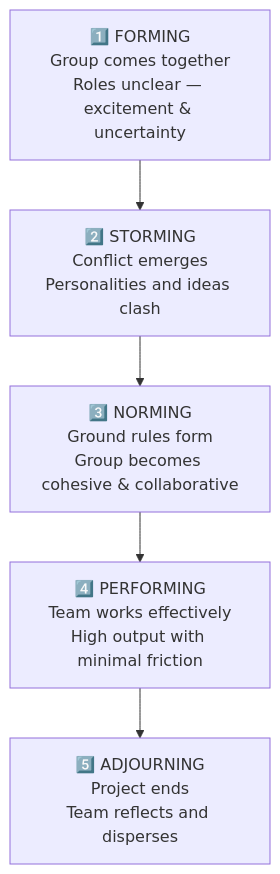
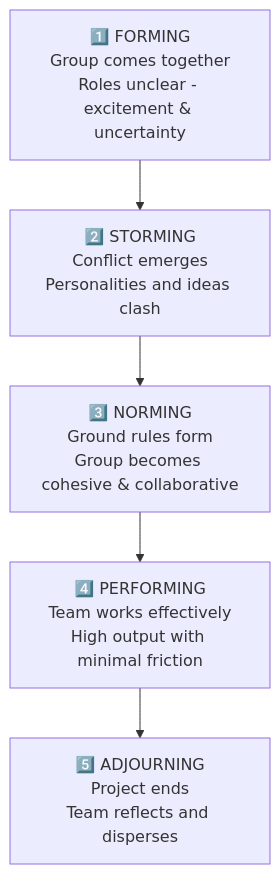
Diagram 17 of 18 in rahul_portfolio_content.md (rahulkavishka/assessment-portfolio), drawn with Mermaid before and after one commit. The commit also changed other lines of this file and 16 other files, not shown here.

````diff
--- a/rahul_portfolio_content.md
+++ b/rahul_portfolio_content.md
@@ -1060,8 +1060,8 @@
 ```mermaid
 flowchart TD
-    A[1️⃣ FORMING\nGroup comes together\nRoles unclear — excitement & uncertainty] --> B
+    A[1️⃣ FORMING\nGroup comes together\nRoles unclear - excitement & uncertainty] --> B
     B[2️⃣ STORMING\nConflict emerges\nPersonalities and ideas clash] --> C
     C[3️⃣ NORMING\nGround rules form\nGroup becomes cohesive & collaborative] --> D
     D[4️⃣ PERFORMING\nTeam works effectively\nHigh output with minimal friction] --> E
     E[5️⃣ ADJOURNING\nProject ends\nTeam reflects and disperses]
 ```
````
